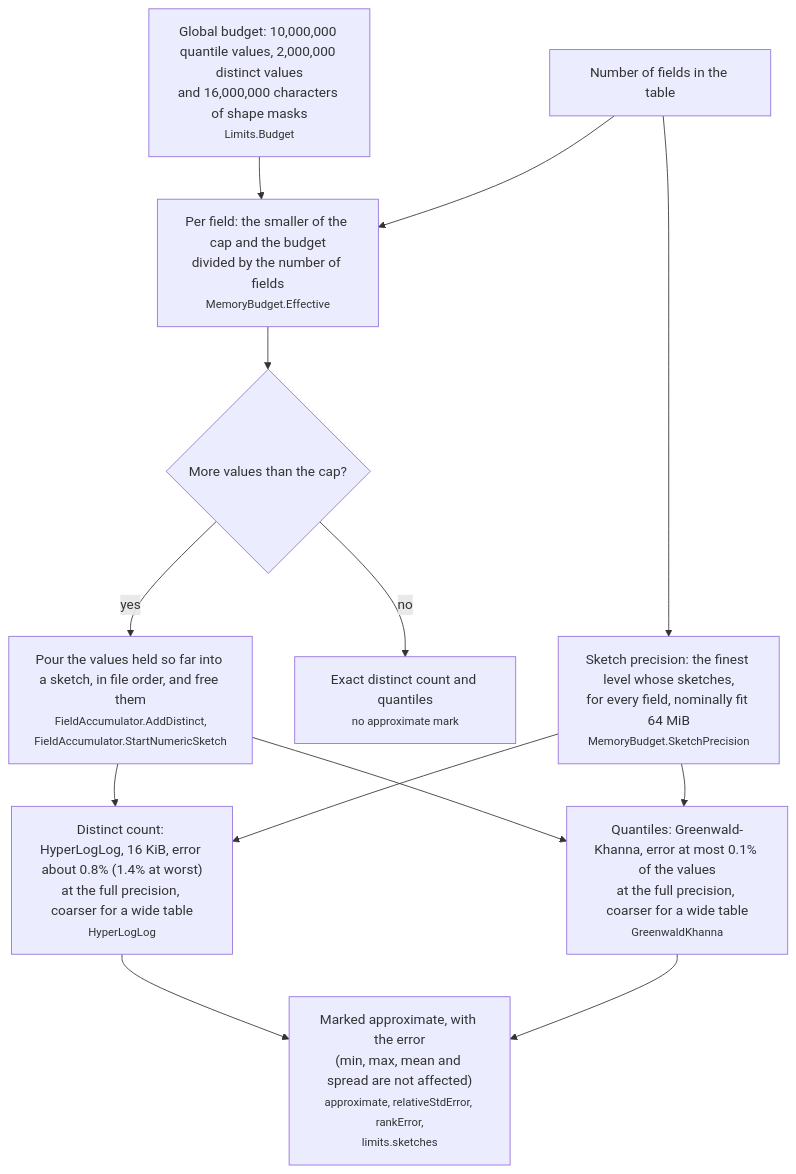
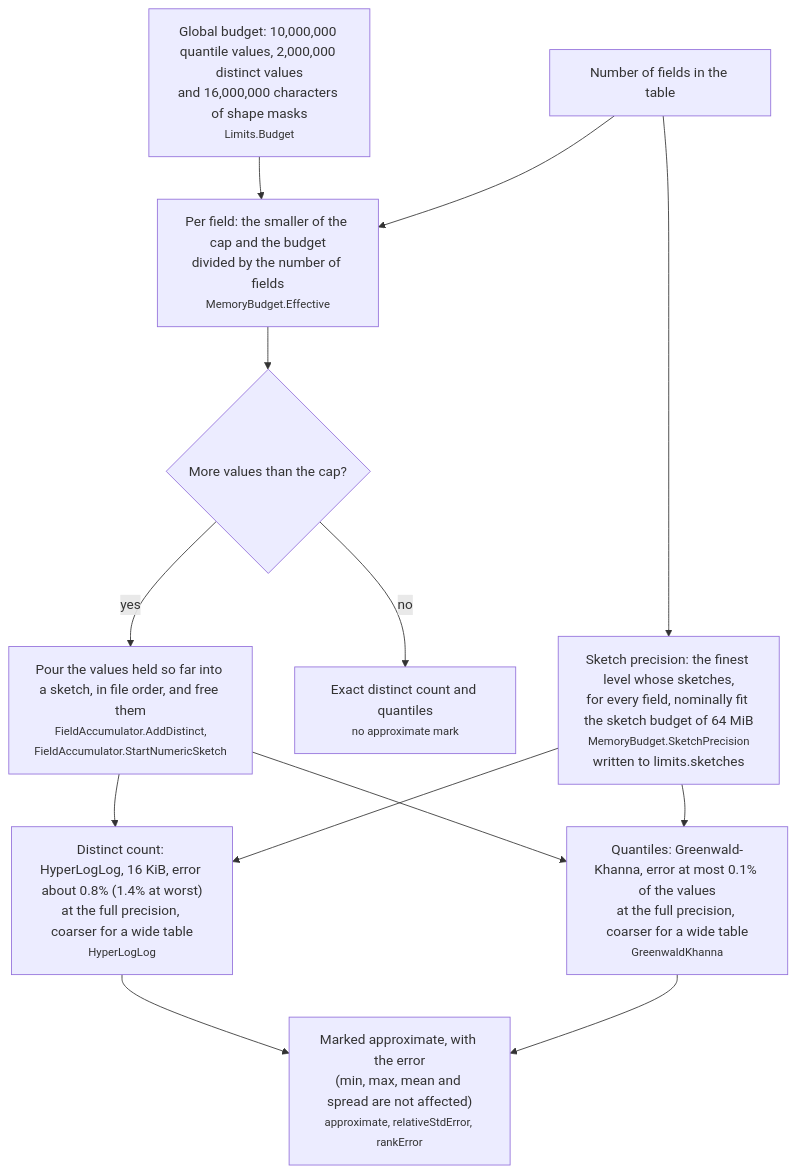
Diagram 15 of 30 in docs/how-it-works.md (squalor-xyz/squalify), drawn with Mermaid before and after one commit. The commit also changed other lines of this file and 33 other files, not shown here.

Commit message:
sq-38: fix round 2 (always write limits.sketches, SketchBudgetBytes, doc drift)

````diff
--- a/docs/how-it-works.md
+++ b/docs/how-it-works.md
@@ -237,15 +237,15 @@
 ```mermaid
 flowchart TD
     B["Global budget: 10,000,000 quantile values, 2,000,000 distinct values<br/>and 16,000,000 characters of shape masks<br/><small>Limits.Budget</small>"] --> P["Per field: the smaller of the cap and the budget<br/>divided by the number of fields<br/><small>MemoryBudget.Effective</small>"]
     F["Number of fields in the table"] --> P
-    F --> Q["Sketch precision: the finest level whose sketches,<br/>for every field, nominally fit 64 MiB<br/><small>MemoryBudget.SketchPrecision</small>"]
+    F --> Q["Sketch precision: the finest level whose sketches,<br/>for every field, nominally fit the sketch budget of 64 MiB<br/><small>MemoryBudget.SketchPrecision</small><br/>written to limits.sketches"]
     P --> X{"More values than the cap?"}
     X -- "no" --> Exact["Exact distinct count and quantiles<br/><small>no approximate mark</small>"]
     X -- "yes" --> Move["Pour the values held so far into a sketch, in file order, and free them<br/><small>FieldAccumulator.AddDistinct,<br/>FieldAccumulator.StartNumericSketch</small>"]
     Move --> Hll["Distinct count: HyperLogLog, 16 KiB, error about 0.8% (1.4% at worst)<br/>at the full precision, coarser for a wide table<br/><small>HyperLogLog</small>"]
     Move --> Gk["Quantiles: Greenwald-Khanna, error at most 0.1% of the values<br/>at the full precision, coarser for a wide table<br/><small>GreenwaldKhanna</small>"]
     Q --> Hll
     Q --> Gk
-    Hll --> Ap["Marked approximate, with the error<br/>(min, max, mean and spread are not affected)<br/><small>approximate, relativeStdError, rankError,<br/>limits.sketches</small>"]
+    Hll --> Ap["Marked approximate, with the error<br/>(min, max, mean and spread are not affected)<br/><small>approximate, relativeStdError, rankError</small>"]
     Gk --> Ap
 ```
````
